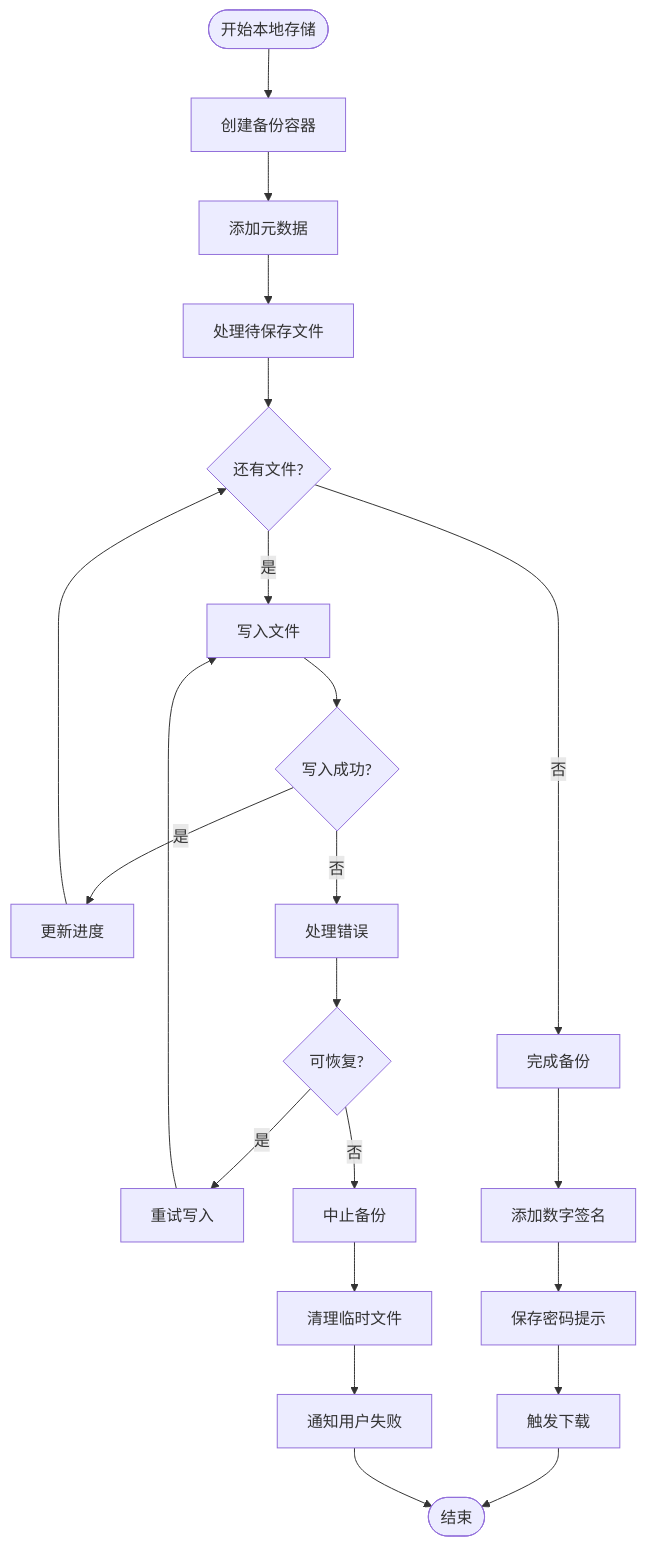
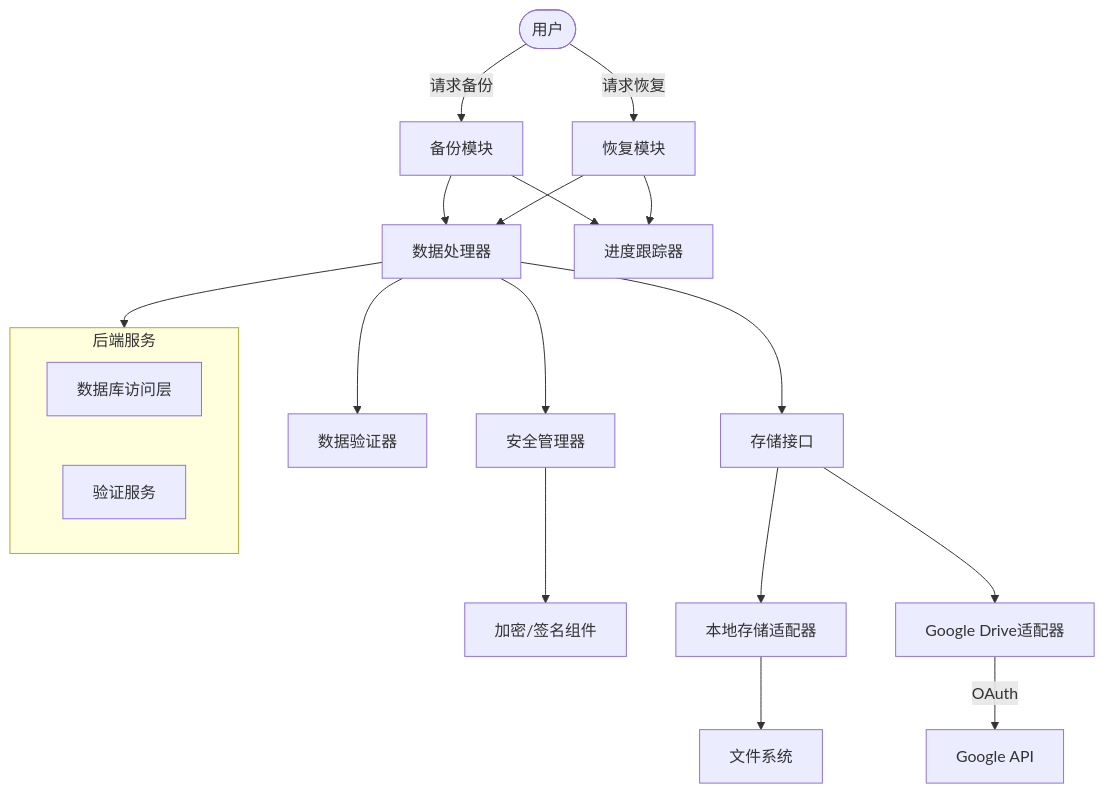
Before and after one commit to yingjianzh/iodraw-files: the diagram in all/未命名-53.md, drawn with Mermaid.

Commit message:
2025-05-09 11:05:16 update

````diff
--- a/all/未命名-53.md
+++ b/all/未命名-53.md
@@ -1,30 +1,31 @@
 ```mermaid
 flowchart TD
-    Start([开始本地存储]) --> CreateContainer[创建备份容器]
-    CreateContainer --> AddMetadata[添加元数据]
-    AddMetadata --> ProcessFilesToSave[处理待保存文件]
+    User([用户]) --> |请求备份| BackupModule[备份模块]
+    User --> |请求恢复| RestoreModule[恢复模块]
     
-    ProcessFilesToSave --> NextFile{还有文件?}
-    NextFile -->|否| FinalizeBackup[完成备份]
-    NextFile -->|是| WriteFile[写入文件]
+    BackupModule --> DataProcessor[数据处理器]
+    RestoreModule --> DataProcessor
     
-    WriteFile --> VerifyWrite{写入成功?}
-    VerifyWrite -->|是| UpdateProgress[更新进度]
-    VerifyWrite -->|否| HandleError[处理错误]
+    DataProcessor --> DataValidator[数据验证器]
+    DataProcessor --> SecurityManager[安全管理器]
     
-    HandleError --> ErrorRecoverable{可恢复?}
-    ErrorRecoverable -->|是| RetryWrite[重试写入]
-    ErrorRecoverable -->|否| AbortBackup[中止备份]
+    SecurityManager --> Encryptor[加密/签名组件]
     
-    RetryWrite --> WriteFile
-    UpdateProgress --> NextFile
+    DataProcessor --> StorageInterface[存储接口]
     
-    FinalizeBackup --> AddDigitalSignature[添加数字签名]
-    AddDigitalSignature --> SavePasswordHint[保存密码提示]
-    SavePasswordHint --> TriggerDownload[触发下载]
-    TriggerDownload --> End([结束])
+    StorageInterface --> LocalStorage[本地存储适配器]
+    StorageInterface --> GoogleDriveAdapter[Google Drive适配器]
     
-    AbortBackup --> CleanupTemp[清理临时文件]
-    CleanupTemp --> NotifyUser[通知用户失败]
-    NotifyUser --> End
+    LocalStorage --> FileSystem[文件系统]
+    GoogleDriveAdapter --> |OAuth| GoogleAPI[Google API]
+    
+    BackupModule --> ProgressTracker[进度跟踪器]
+    RestoreModule --> ProgressTracker
+    
+    subgraph Backend [后端服务]
+        DBAccess[数据库访问层]
+        ValidationService[验证服务]
+    end
+    
+    DataProcessor --> Backend
 ```
````
